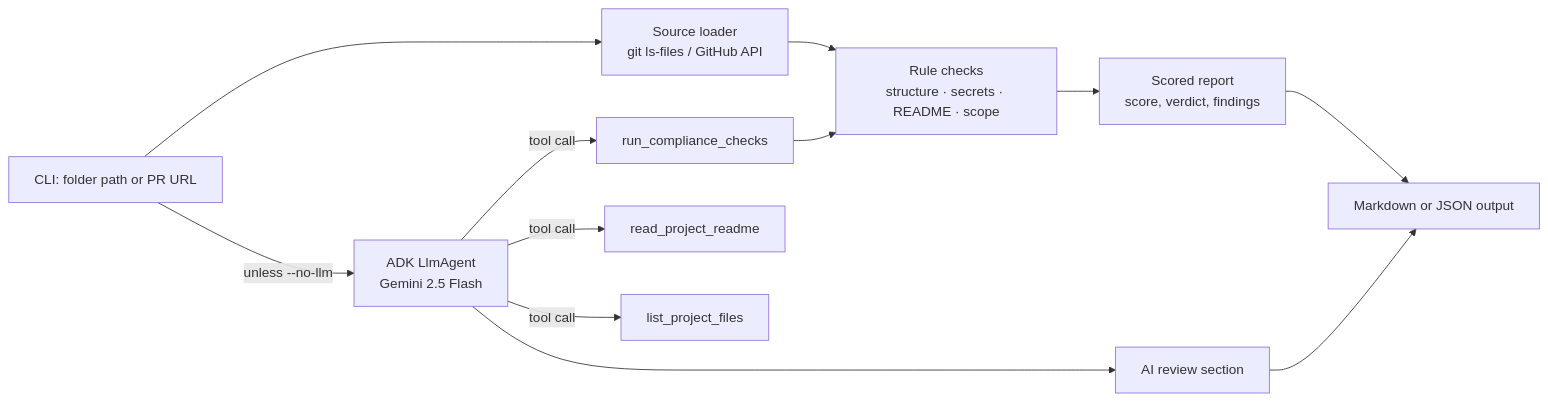
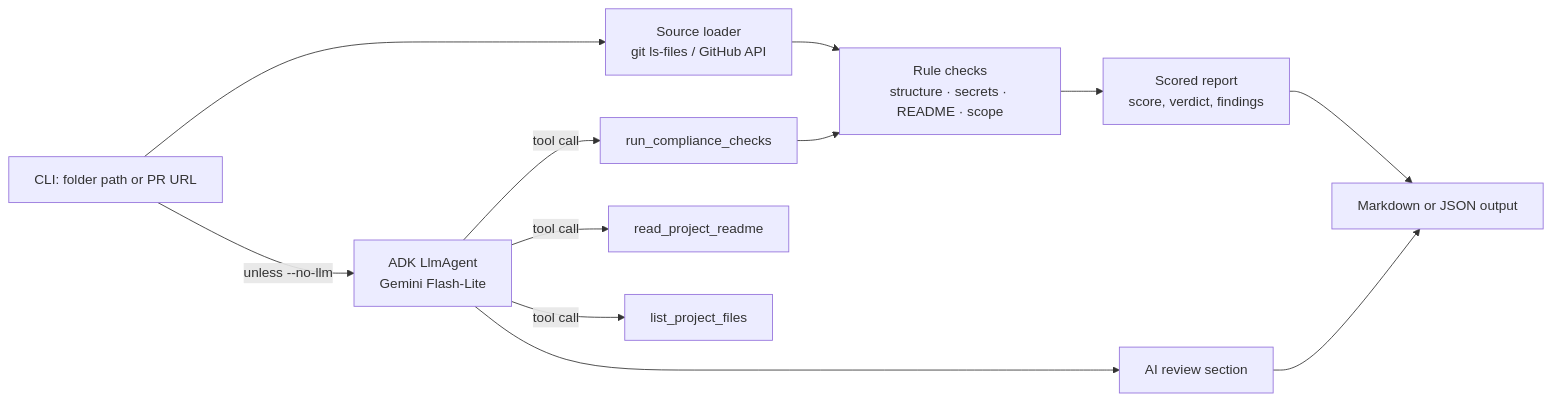
One commit to abhisekmishra1709/open-source-agents changed the diagram in agents/contribution-review-agent/README.md. Above: the diagram before and after it, drawn with Mermaid. The commit also changed other lines of this file and 5 other files, not shown here.

Commit message:
fix(agents): use gemini-flash-lite-latest, add web script and demo screenshot to contribution-review-agent

````diff
--- a/agents/contribution-review-agent/README.md
+++ b/agents/contribution-review-agent/README.md
@@ -36,14 +52,14 @@
 ```mermaid
 flowchart LR
   U["CLI: folder path or PR URL"] --> S["Source loader<br/>git ls-files / GitHub API"]
   S --> C["Rule checks<br/>structure · secrets · README · scope"]
   C --> R["Scored report<br/>score, verdict, findings"]
-  U -->|unless --no-llm| A["ADK LlmAgent<br/>Gemini 2.5 Flash"]
+  U -->|unless --no-llm| A["ADK LlmAgent<br/>Gemini Flash-Lite"]
   A -->|tool call| T1[run_compliance_checks]
   A -->|tool call| T2[read_project_readme]
   A -->|tool call| T3[list_project_files]
   T1 --> C
   A --> V[AI review section]
   R --> O[Markdown or JSON output]
   V --> O
 ```
````
